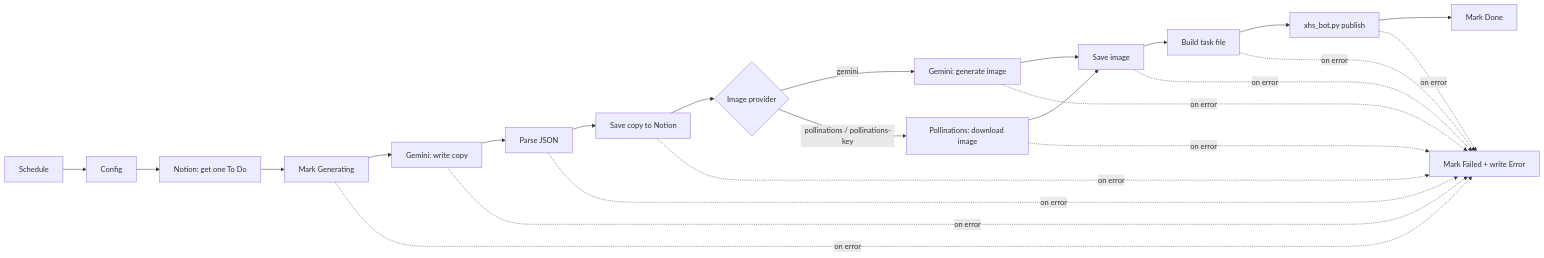
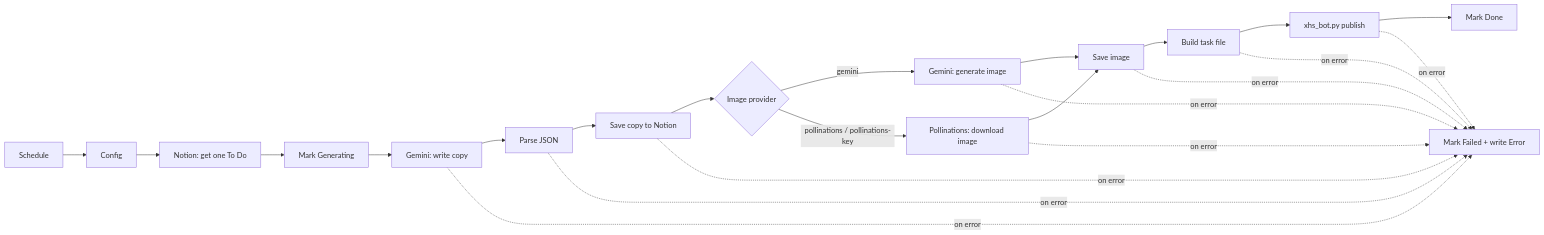
Before and after one commit to XingjianWang001/n8n-xhs-autopost: the diagram in README.en.md, drawn with Mermaid. The commit also changed 4 other files, not shown here.

````diff
--- a/README.en.md
+++ b/README.en.md
@@ -17,18 +17,18 @@
 ```mermaid
 flowchart LR
     A[Schedule] --> B[Config]
     B --> C[Notion: get one To Do]
     C --> D[Mark Generating]
     D --> E[Gemini: write copy]
     E --> F[Parse JSON]
     F --> G[Save copy to Notion]
     G --> H{Image provider}
     H -->|gemini| I[Gemini: generate image]
     H -->|pollinations / pollinations-key| J[Pollinations: download image]
     I --> K[Save image]
     J --> K
     K --> L[Build task file]
     L --> M[xhs_bot.py publish]
     M --> N[Mark Done]
-    D & E & F & G & I & J & K & L & M -.on error.-> X[Mark Failed + write Error]
+    E & F & G & I & J & K & L & M -.on error.-> X[Mark Failed + write Error]
 ```
````
